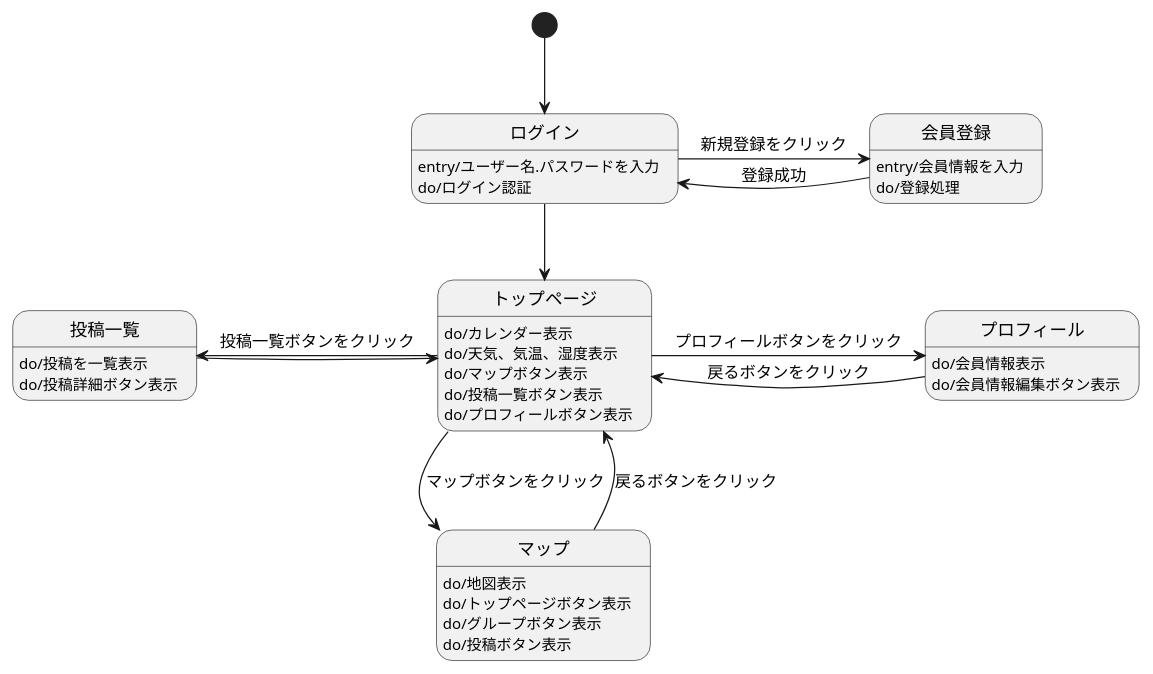
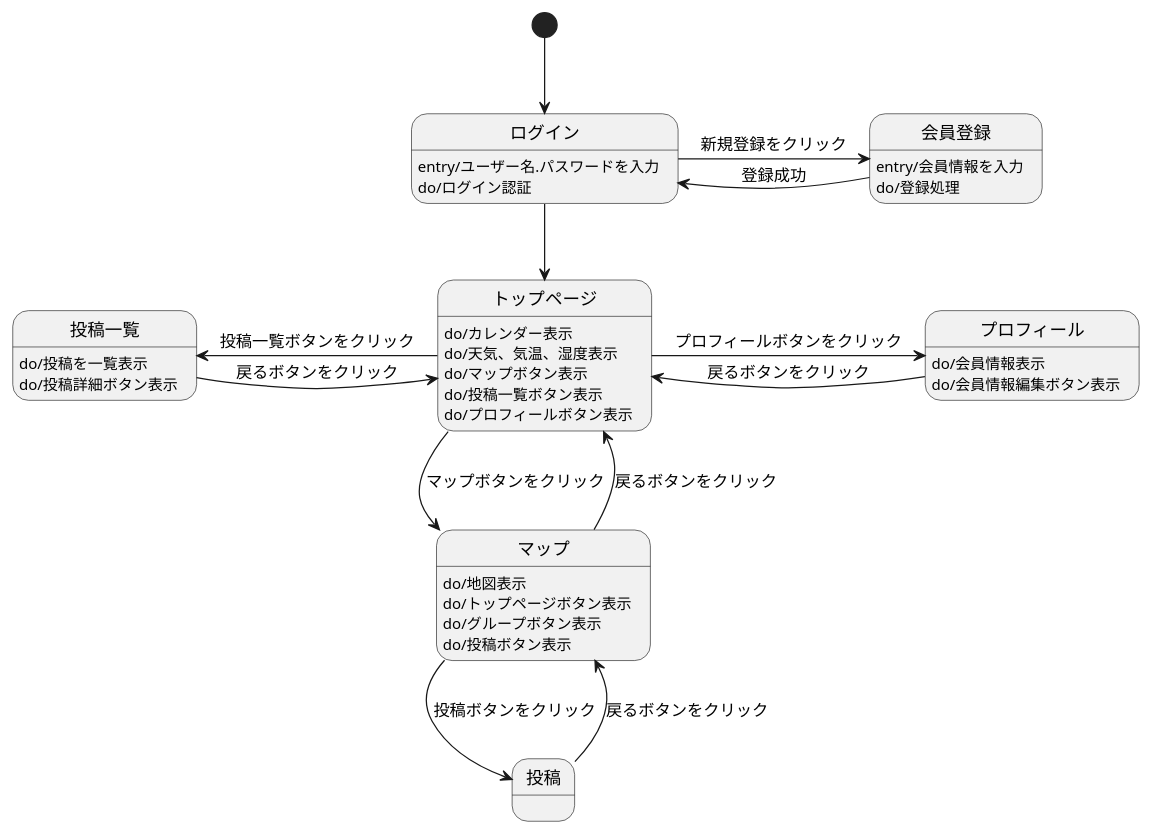
The diagram in 03_画面遷移図/画面遷移図.md (Aso2001031/System4_ver2.0), drawn with PlantUML before and after one commit.

````diff
--- a/03_画面遷移図/画面遷移図.md
+++ b/03_画面遷移図/画面遷移図.md
@@ -1,40 +1,42 @@
 ```uml
 @startuml
 
 [*] -down-> ログイン
 
 ログイン -down-> トップページ
 ログイン : entry/ユーザー名.パスワードを入力 
 ログイン : do/ログイン認証 
 ログイン -> 会員登録 : 新規登録をクリック
 
 会員登録 -> ログイン : 登録成功
 会員登録 : entry/会員情報を入力 
 会員登録 : do/登録処理
 
 トップページ : do/カレンダー表示
 トップページ : do/天気、気温、湿度表示
 トップページ : do/マップボタン表示
 トップページ : do/投稿一覧ボタン表示
 トップページ : do/プロフィールボタン表示
 トップページ -down-> マップ : マップボタンをクリック
 トップページ -left-> 投稿一覧 : 投稿一覧ボタンをクリック
 トップページ -right-> プロフィール :プロフィールボタンをクリック
 
 マップ -up-> トップページ : 戻るボタンをクリック
 マップ : do/地図表示
 マップ : do/トップページボタン表示
 マップ : do/グループボタン表示
 マップ : do/投稿ボタン表示
+マップ -down-> 投稿 : 投稿ボタンをクリック
 
-投稿一覧 -right-> トップページ
+投稿一覧 -right-> トップページ : 戻るボタンをクリック
 投稿一覧 : do/投稿を一覧表示
 投稿一覧 : do/投稿詳細ボタン表示
 
 プロフィール -left-> トップページ : 戻るボタンをクリック
 プロフィール : do/会員情報表示
 プロフィール : do/会員情報編集ボタン表示
 
+投稿 -up-> マップ : 戻るボタンをクリック
 
 @enduml
 ```
````
